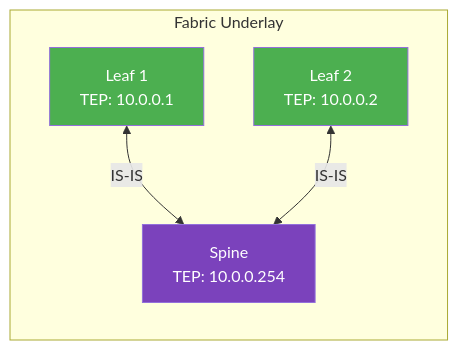
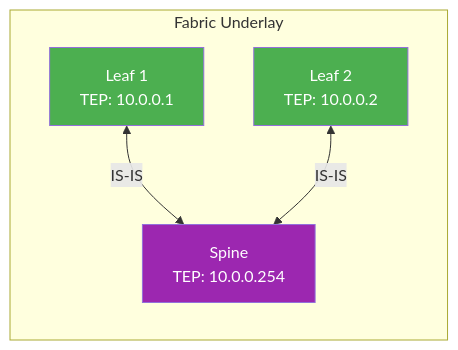
One commit to VBlackJack/ShellBook changed the tenth of 15 diagrams in docs/formations/terraform-aci/02-module.md. Above: the diagram before and after it, drawn with Mermaid. The commit also changed other lines of this file and 337 other files, not shown here.

First line of the commit message:
refactor(docs): Standardize code blocks and Mermaid colors

````diff
--- a/docs/formations/terraform-aci/02-module.md
+++ b/docs/formations/terraform-aci/02-module.md
@@ -424,15 +424,15 @@
 ```mermaid
 graph LR
     subgraph "Fabric Underlay"
         LEAF1["Leaf 1<br/>TEP: 10.0.0.1"]
         LEAF2["Leaf 2<br/>TEP: 10.0.0.2"]
         SPINE["Spine<br/>TEP: 10.0.0.254"]
 
         LEAF1 <-->|"IS-IS"| SPINE
         LEAF2 <-->|"IS-IS"| SPINE
     end
 
-    style SPINE fill:#7b42bc,color:#fff
+    style SPINE fill:#9C27B0,color:#fff
     style LEAF1 fill:#4caf50,color:#fff
     style LEAF2 fill:#4caf50,color:#fff
 ```
````
